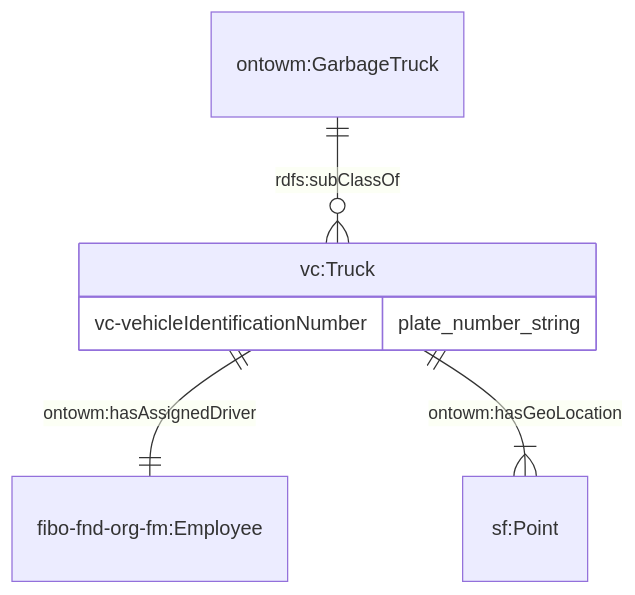
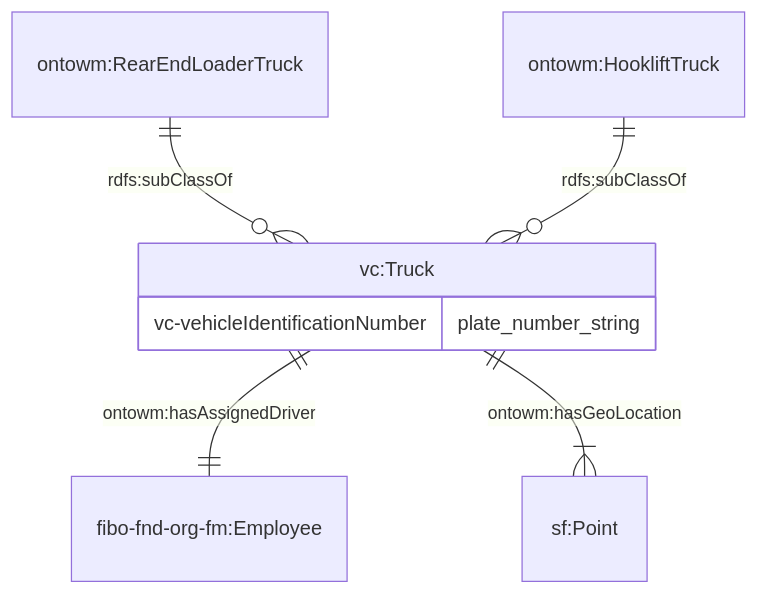
One commit to cambridge-cares/TheWorldAvatar changed the seventh of 9 diagrams in JPS_Ontology/ontology/ontowastemanagement/README.md. Above: the diagram before and after it, drawn with Mermaid. The commit also changed other lines of this file and 2 other files, not shown here.

Commit message:
dev-ontowastemanagement: Changed description of bin length and truck according to comments

````diff
--- a/JPS_Ontology/ontology/ontowastemanagement/README.md
+++ b/JPS_Ontology/ontology/ontowastemanagement/README.md
@@ -300,11 +304,12 @@
 ```mermaid
     erDiagram
     "vc:Truck" ||--|| "fibo-fnd-org-fm:Employee" : "ontowm:hasAssignedDriver"
     "vc:Truck" ||--|{ "sf:Point" : "ontowm:hasGeoLocation"
 
     "vc:Truck" {
         vc-vehicleIdentificationNumber plate_number_string
     }
 
-    "ontowm:GarbageTruck" ||--o{ "vc:Truck" : "rdfs:subClassOf"
+    "ontowm:RearEndLoaderTruck" ||--o{ "vc:Truck" : "rdfs:subClassOf"
+    "ontowm:HookliftTruck" ||--o{ "vc:Truck" : "rdfs:subClassOf"
 ```
````
